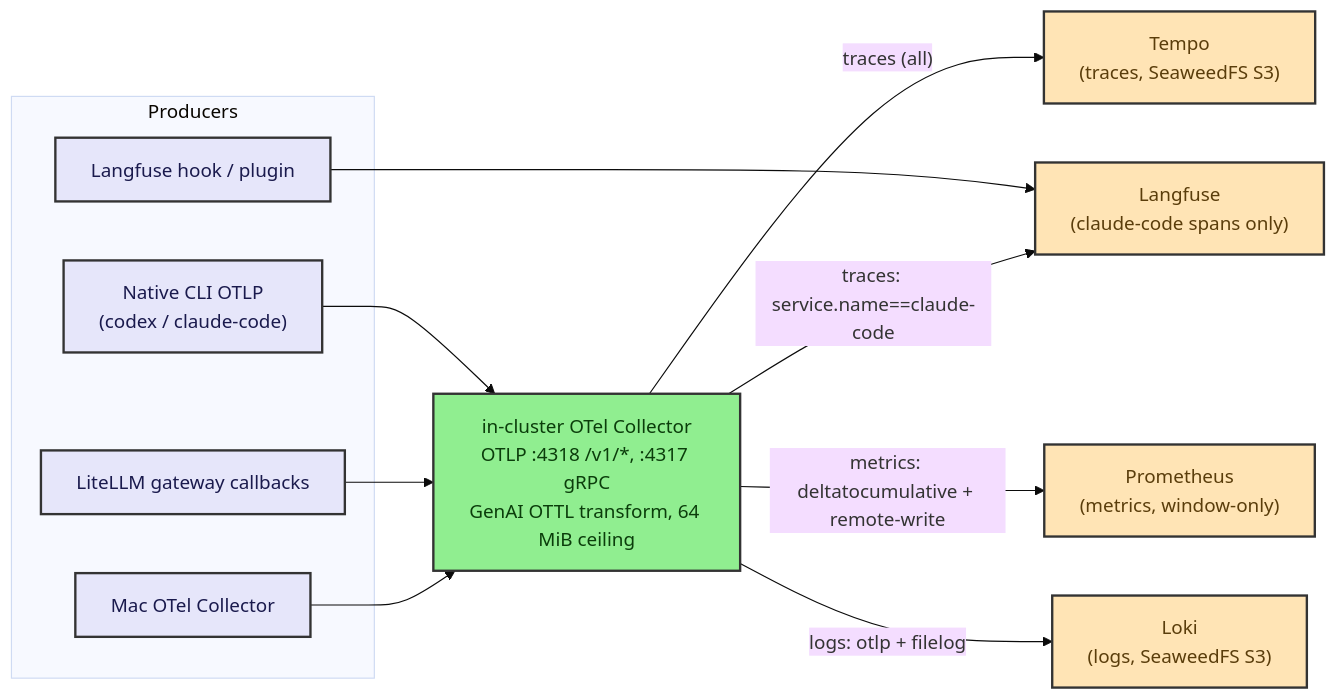
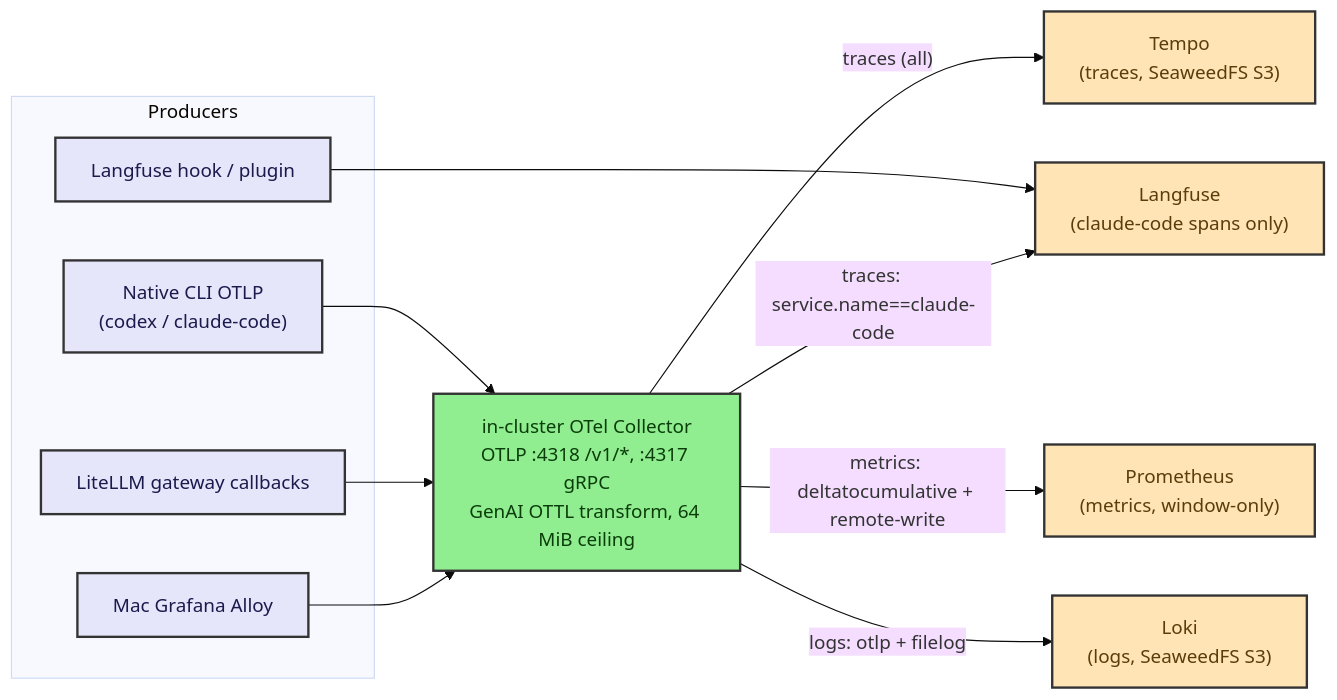
One commit to RickDavis404/ai-infra-platform changed the first of 2 diagrams in docs/observability-taxonomy.md. Above: the diagram before and after it, drawn with Mermaid (base theme). The commit also changed 11 other files, not shown here.

First line of the commit message:
docs: profiles + resource preflight, agent-auth, architecture, positioning

````diff
--- a/docs/observability-taxonomy.md
+++ b/docs/observability-taxonomy.md
@@ -56,28 +56,28 @@
 ```mermaid
 flowchart LR
     subgraph PROD["Producers"]
         CLI["Native CLI OTLP<br/>(codex / claude-code)"]
         HOOK["Langfuse hook / plugin"]
         GW["LiteLLM gateway callbacks"]
-        MAC["Mac OTel Collector"]
+        MAC["Mac Grafana Alloy"]
     end
     OC["in-cluster OTel Collector<br/>OTLP :4318 /v1/*, :4317 gRPC<br/>GenAI OTTL transform, 64 MiB ceiling"]
     TE["Tempo<br/>(traces, SeaweedFS S3)"]
     LF["Langfuse<br/>(claude-code spans only)"]
     PR["Prometheus<br/>(metrics, window-only)"]
     LO["Loki<br/>(logs, SeaweedFS S3)"]
     CLI --> OC
     GW --> OC
     MAC --> OC
     HOOK --> LF
     OC -->|"traces (all)"| TE
     OC -->|"traces: service.name==claude-code"| LF
     OC -->|"metrics: deltatocumulative + remote-write"| PR
     OC -->|"logs: otlp + filelog"| LO
     classDef prod fill:#E6E6FA,stroke:#333,stroke-width:2px,color:#1a1a4d
     classDef collector fill:#90EE90,stroke:#333,stroke-width:2px,color:#0b3d0b
     classDef store fill:#FFE4B5,stroke:#333,stroke-width:2px,color:#5a3d0b
     class CLI,HOOK,GW,MAC prod
     class OC collector
     class TE,LF,PR,LO store
 ```
````
